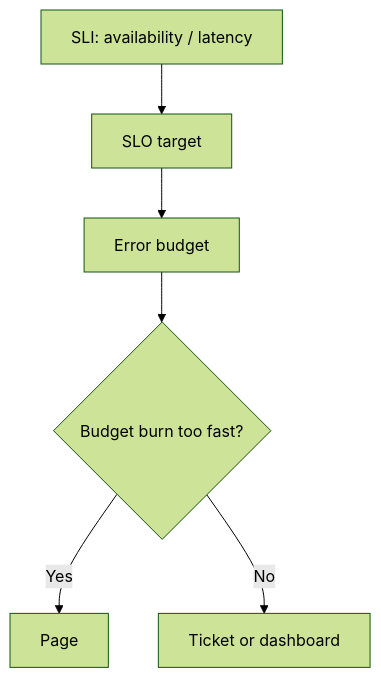
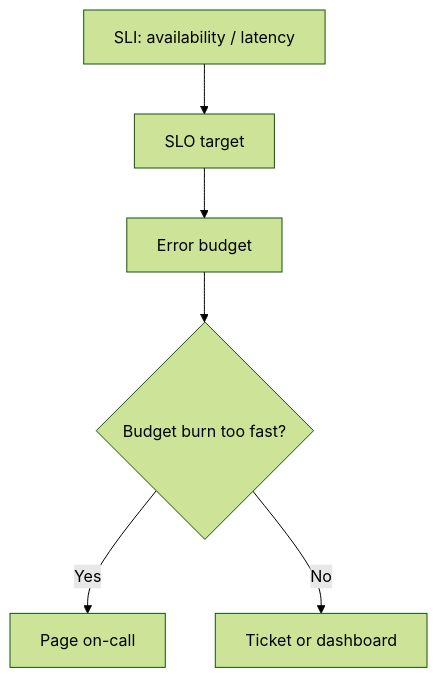
Before and after one commit to AmazingCaddy/readings-backend: the first of 3 diagrams in docs/observability/slo-alerting.md, drawn with Mermaid (forest theme). The commit also changed other lines of this file, not shown here.

````diff
--- a/docs/observability/slo-alerting.md
+++ b/docs/observability/slo-alerting.md
@@ -9,8 +12,8 @@
 ```mermaid
 flowchart TD
     A[SLI: availability / latency] --> B[SLO target]
     B --> C[Error budget]
     C --> D{Budget burn too fast?}
-    D -->|Yes| E[Page]
+    D -->|Yes| E[Page on-call]
     D -->|No| F[Ticket or dashboard]
 ```
````
